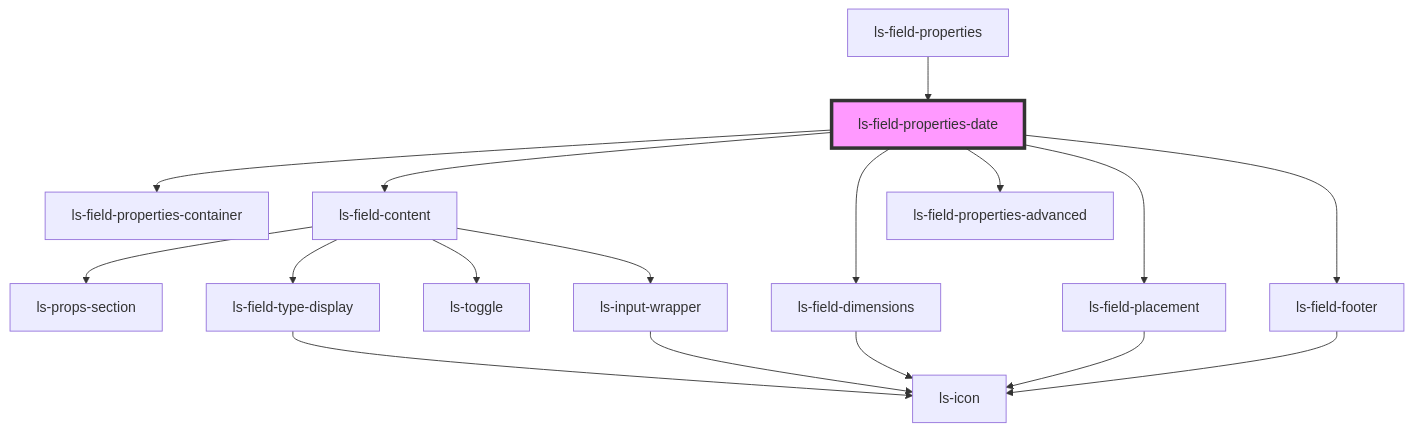
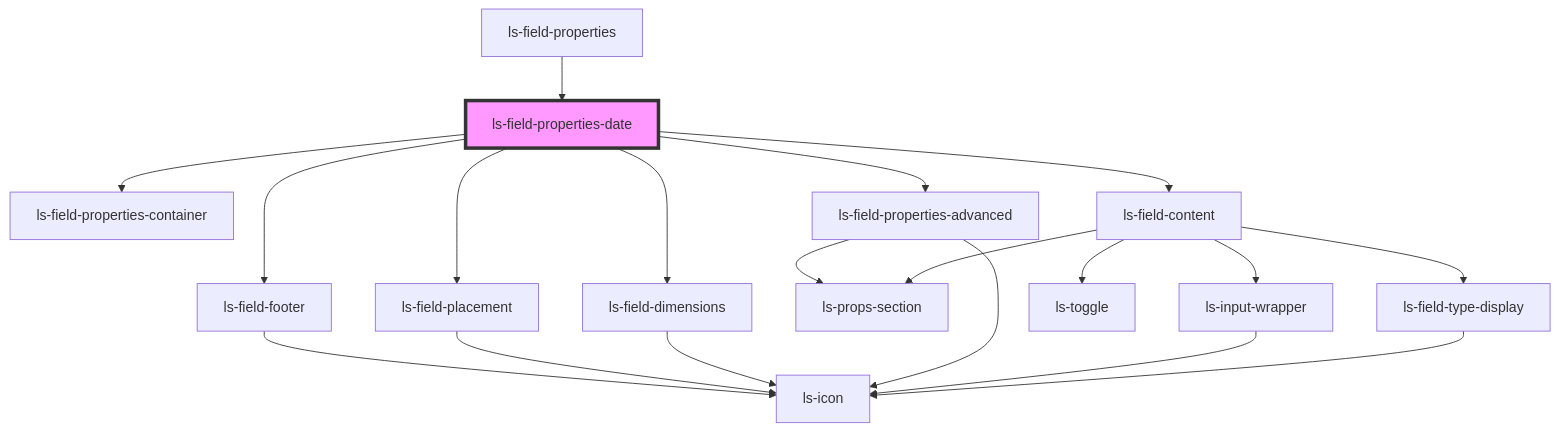
The diagram in src/components/ls-field-properties-date/readme.md (legalesign/ls-document-viewer), drawn with Mermaid before and after one commit. The commit also changed 31 other files, not shown here.

````diff
--- a/src/components/ls-field-properties-date/readme.md
+++ b/src/components/ls-field-properties-date/readme.md
@@ -31,20 +31,22 @@
 ```mermaid
 graph TD;
   ls-field-properties-date --> ls-field-properties-container
   ls-field-properties-date --> ls-field-content
+  ls-field-properties-date --> ls-field-properties-advanced
   ls-field-properties-date --> ls-field-dimensions
-  ls-field-properties-date --> ls-field-properties-advanced
   ls-field-properties-date --> ls-field-placement
   ls-field-properties-date --> ls-field-footer
   ls-field-content --> ls-props-section
   ls-field-content --> ls-field-type-display
   ls-field-content --> ls-toggle
   ls-field-content --> ls-input-wrapper
   ls-field-type-display --> ls-icon
   ls-input-wrapper --> ls-icon
+  ls-field-properties-advanced --> ls-icon
+  ls-field-properties-advanced --> ls-props-section
   ls-field-dimensions --> ls-icon
   ls-field-placement --> ls-icon
   ls-field-footer --> ls-icon
   ls-field-properties --> ls-field-properties-date
   style ls-field-properties-date fill:#f9f,stroke:#333,stroke-width:4px
 ```
````
